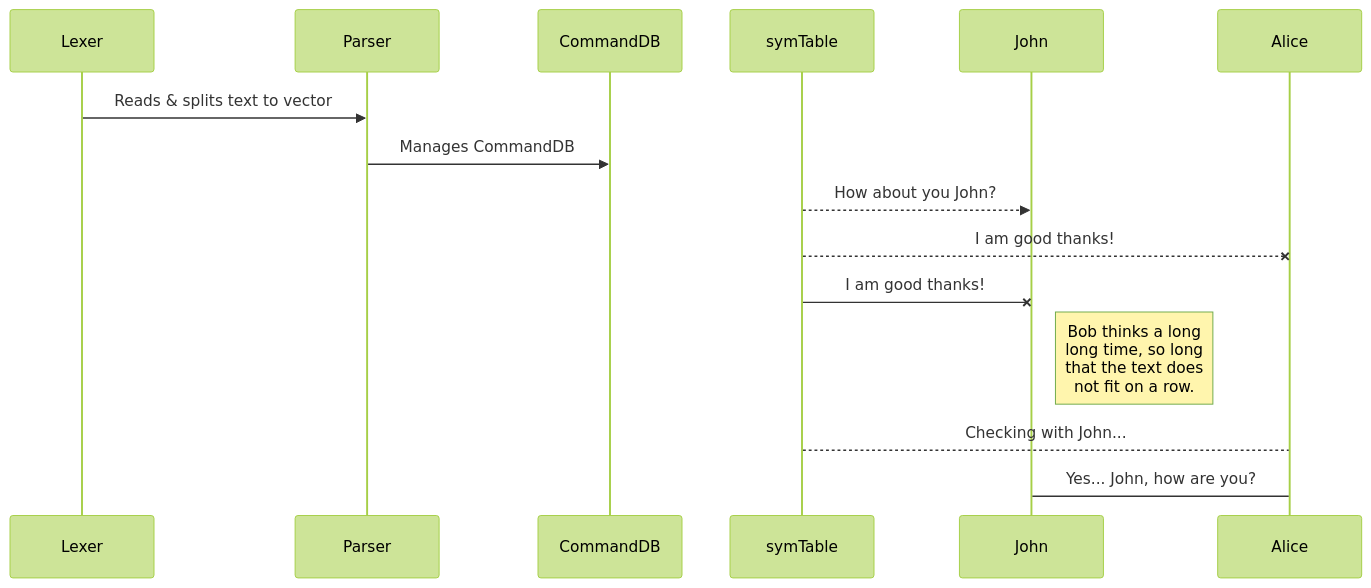
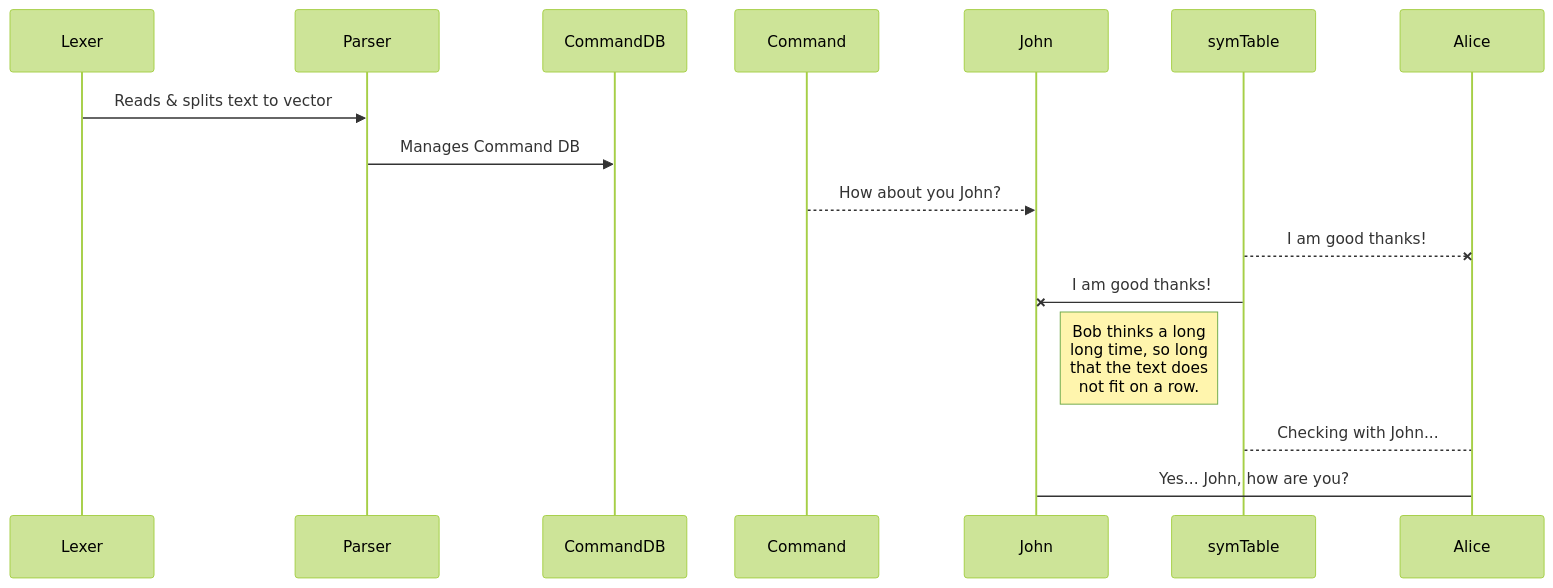
The first of 2 diagrams in README.md (OfirNetzer/Flight-Simulator-Autopilot), drawn with Mermaid (forest theme) before and after one commit. The commit also changed other lines of this file, not shown here.

Commit message:
README.md updated from https://stackedit.io/

````diff
--- a/README.md
+++ b/README.md
@@ -60,13 +60,13 @@
 ```mermaid
 sequenceDiagram
 Lexer ->> Parser: Reads & splits text to vector 
-Parser ->> CommandDB: Manages CommandDB
+Parser ->> CommandDB: Manages Command DB
 
-symTable-->>John: How about you John?
+Command-->>John: How about you John?
 symTable--x Alice: I am good thanks!
 symTable-x John: I am good thanks!
 Note right of John: Bob thinks a long<br/>long time, so long<br/>that the text does<br/>not fit on a row.
 
 symTable-->Alice: Checking with John...
 Alice->John: Yes... John, how are you?
 ```
````
